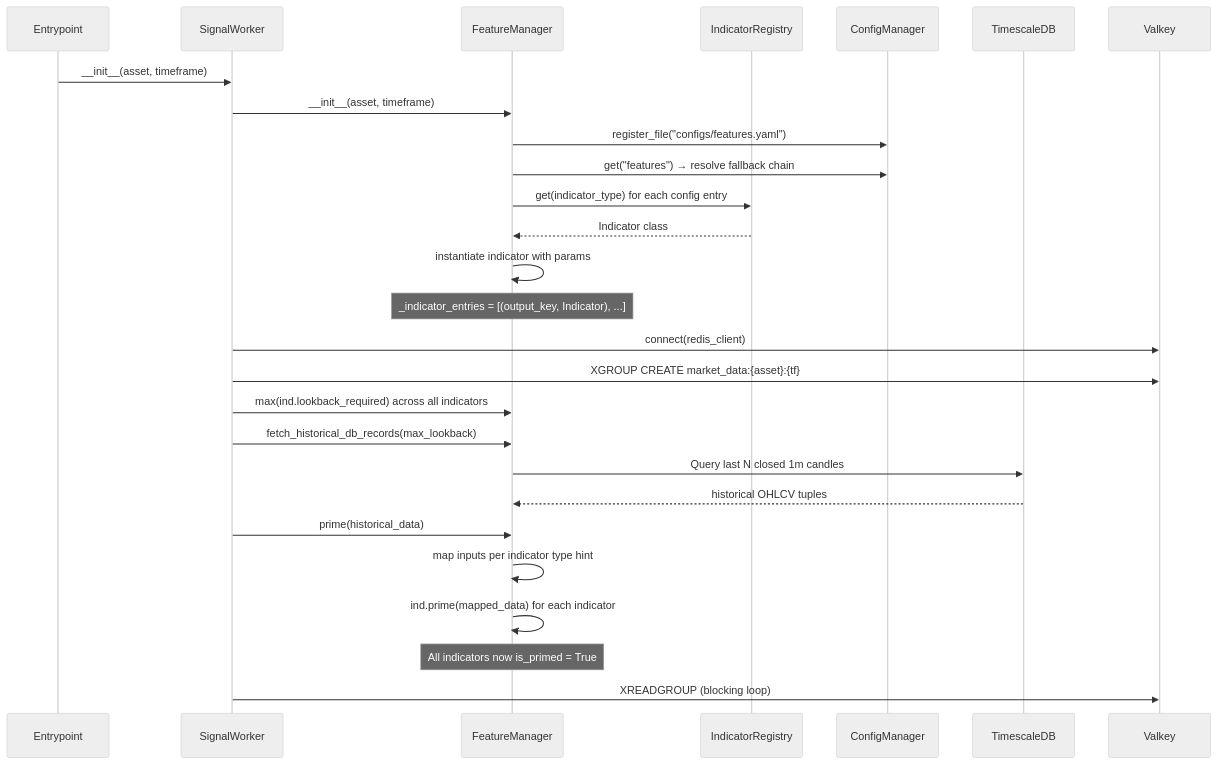
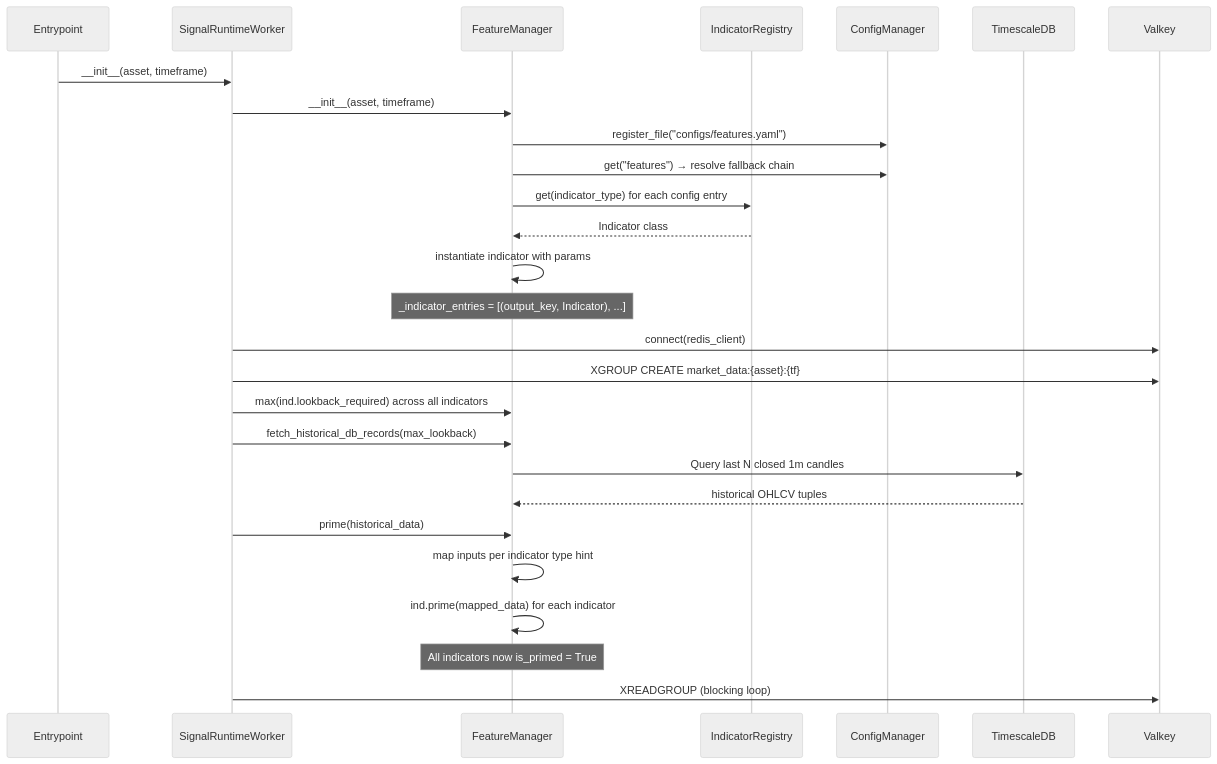
One commit to transparentCode/flipperAgent changed the third of 5 diagrams in docs/signal_app.md. Above: the diagram before and after it, drawn with Mermaid (neutral theme). The commit also changed other lines of this file and 76 other files, not shown here.

Commit message:
Store flipperAgent/signal_app/2026-06-13-phase2-runtime-api-seams in default

````diff
--- a/docs/signal_app.md
+++ b/docs/signal_app.md
@@ -174,34 +174,34 @@
 ```mermaid
 sequenceDiagram
     participant Main as Entrypoint
-    participant SW as SignalWorker
+    participant SW as SignalRuntimeWorker
     participant FM as FeatureManager
     participant IR as IndicatorRegistry
     participant CFG as ConfigManager
     participant DB as TimescaleDB
     participant VK as Valkey
 
     Main->>SW: __init__(asset, timeframe)
     SW->>FM: __init__(asset, timeframe)
     FM->>CFG: register_file("configs/features.yaml")
     FM->>CFG: get("features") → resolve fallback chain
     FM->>IR: get(indicator_type) for each config entry
     IR-->>FM: Indicator class
     FM->>FM: instantiate indicator with params
     Note over FM: _indicator_entries = [(output_key, Indicator), ...]
 
     SW->>VK: connect(redis_client)
     SW->>VK: XGROUP CREATE market_data:{asset}:{tf}
 
     SW->>FM: max(ind.lookback_required) across all indicators
     SW->>FM: fetch_historical_db_records(max_lookback)
     FM->>DB: Query last N closed 1m candles
     DB-->>FM: historical OHLCV tuples
 
     SW->>FM: prime(historical_data)
     FM->>FM: map inputs per indicator type hint
     FM->>FM: ind.prime(mapped_data) for each indicator
     Note over FM: All indicators now is_primed = True
 
     SW->>VK: XREADGROUP (blocking loop)
 ```
````
